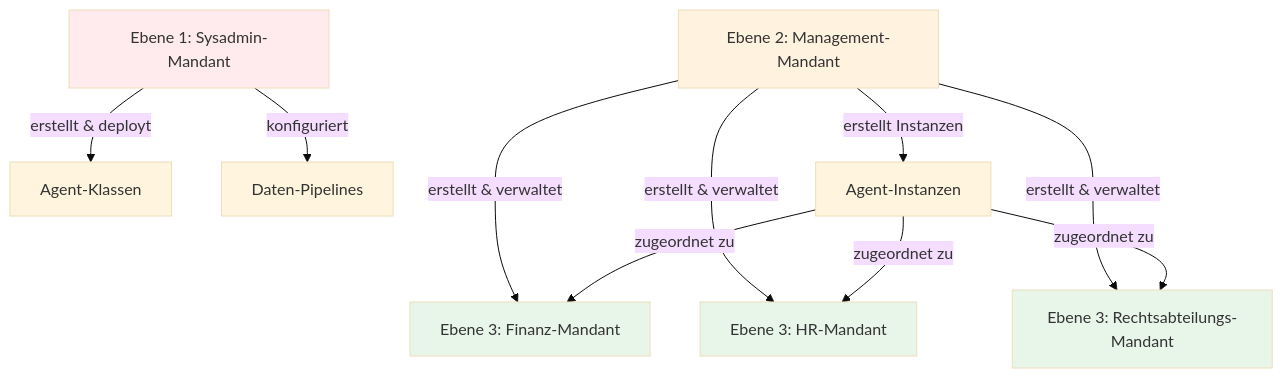
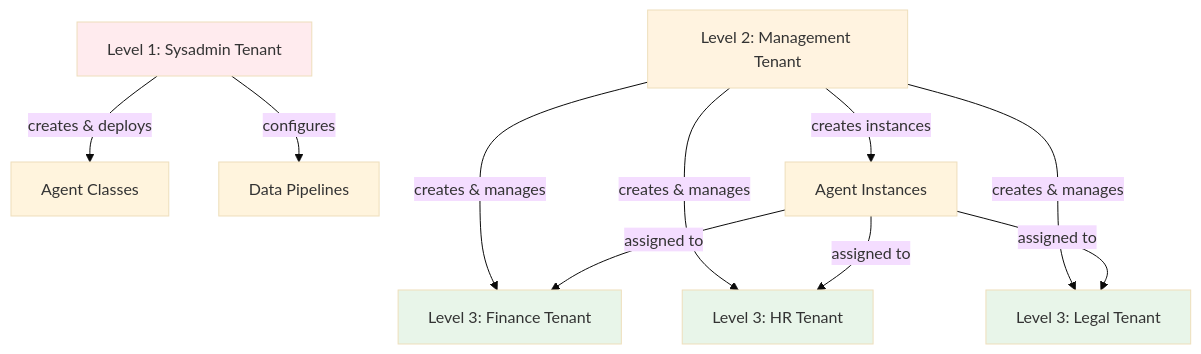
The diagram in docs/docs/2_platform/16_multi_tenancy/2_creating_tenants/index.de.md (bbvch-ai/aihub-core), drawn with Mermaid (base theme) before and after one commit. The commit also changed other lines of this file and 10 other files, not shown here.

````diff
--- a/docs/docs/2_platform/16_multi_tenancy/2_creating_tenants/index.de.md
+++ b/docs/docs/2_platform/16_multi_tenancy/2_creating_tenants/index.de.md
@@ -30,24 +34,24 @@
 ```mermaid
 graph TD
-    T1[Ebene 1: Sysadmin-Mandant]
-    T2[Ebene 2: Management-Mandant]
-    T3A[Ebene 3: Finanz-Mandant]
-    T3B[Ebene 3: HR-Mandant]
-    T3C[Ebene 3: Rechtsabteilungs-Mandant]
+    T1[Level 1: Sysadmin Tenant]
+    T2[Level 2: Management Tenant]
+    T3A[Level 3: Finance Tenant]
+    T3B[Level 3: HR Tenant]
+    T3C[Level 3: Legal Tenant]
 
-    T1 -->|erstellt & deployt| Agents[Agent-Klassen]
-    T1 -->|konfiguriert| Pipelines[Daten-Pipelines]
-    T2 -->|erstellt Instanzen| AgentInst[Agent-Instanzen]
-    T2 -->|erstellt & verwaltet| T3A
-    T2 -->|erstellt & verwaltet| T3B
-    T2 -->|erstellt & verwaltet| T3C
-    AgentInst -->|zugeordnet zu| T3A
-    AgentInst -->|zugeordnet zu| T3B
-    AgentInst -->|zugeordnet zu| T3C
+    T1 -->|creates & deploys| Agents[Agent Classes]
+    T1 -->|configures| Pipelines[Data Pipelines]
+    T2 -->|creates instances| AgentInst[Agent Instances]
+    T2 -->|creates & manages| T3A
+    T2 -->|creates & manages| T3B
+    T2 -->|creates & manages| T3C
+    AgentInst -->|assigned to| T3A
+    AgentInst -->|assigned to| T3B
+    AgentInst -->|assigned to| T3C
 
     style T1 fill:#ffebee
     style T2 fill:#fff3e0
     style T3A fill:#e8f5e9
     style T3B fill:#e8f5e9
     style T3C fill:#e8f5e9
 ```
````
